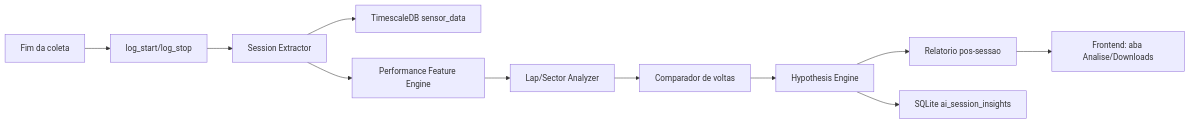
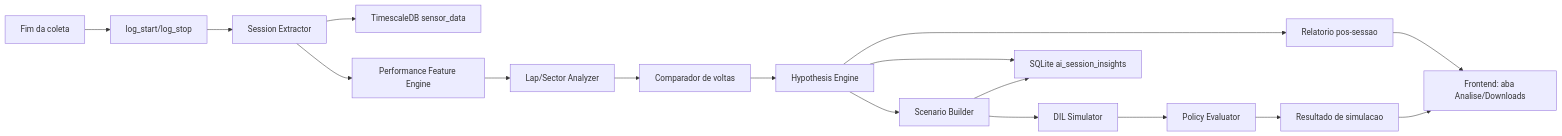
One commit to Faraoh-Back/TelemetriaV2.0 changed the diagram in docs/Doc/Markdown/virtual-pit-engineer-v3-plan.md. Above: the diagram before and after it, drawn with Mermaid. The commit also changed other lines of this file and 1 other file, not shown here.

````diff
--- a/docs/Doc/Markdown/virtual-pit-engineer-v3-plan.md
+++ b/docs/Doc/Markdown/virtual-pit-engineer-v3-plan.md
@@ -93,13 +113,19 @@
 ```mermaid
 flowchart LR
     Stop["Fim da coleta"] --> Bounds["log_start/log_stop"]
     Bounds --> Extract["Session Extractor"]
     Extract --> TS["TimescaleDB sensor_data"]
     Extract --> Features["Performance Feature Engine"]
     Features --> Laps["Lap/Sector Analyzer"]
     Laps --> Compare["Comparador de voltas"]
     Compare --> Hyp["Hypothesis Engine"]
     Hyp --> Report["Relatorio pos-sessao"]
+    Hyp --> Scenario["Scenario Builder"]
+    Scenario --> DIL["DIL Simulator"]
+    DIL --> Eval["Policy Evaluator"]
+    Eval --> SimInsight["Resultado de simulacao"]
     Report --> UI["Frontend: aba Analise/Downloads"]
+    SimInsight --> UI
     Hyp --> Audit["SQLite ai_session_insights"]
+    Scenario --> Audit
 ```
````
